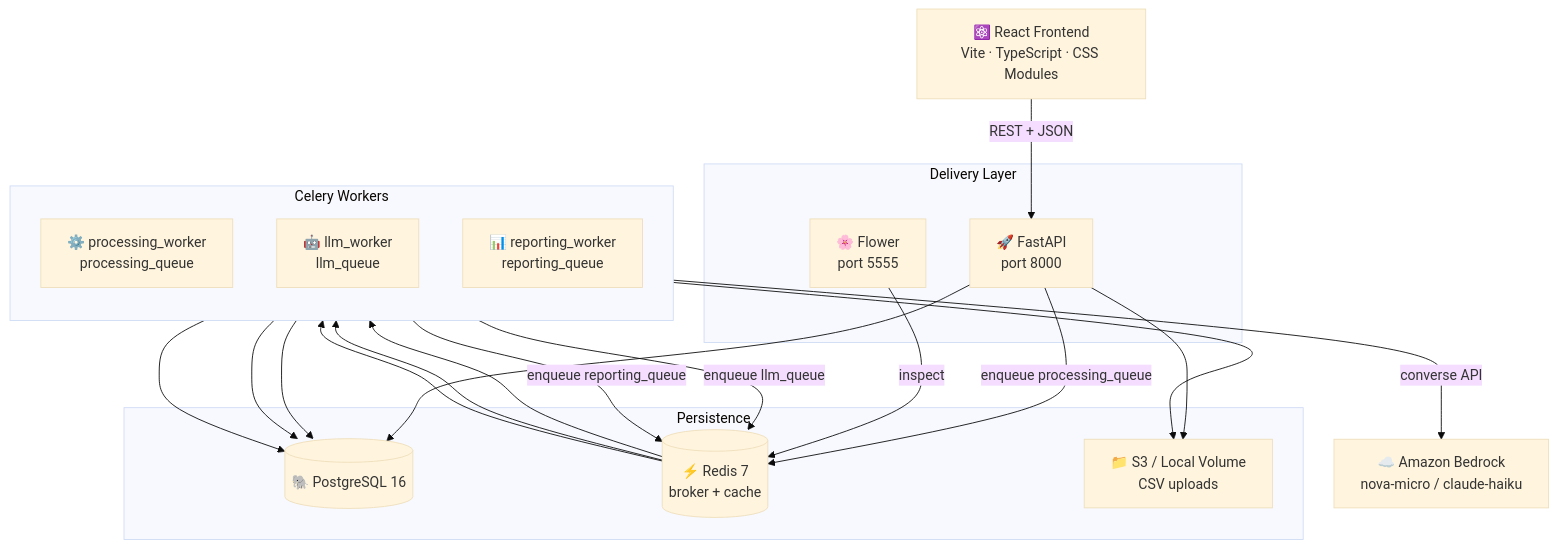
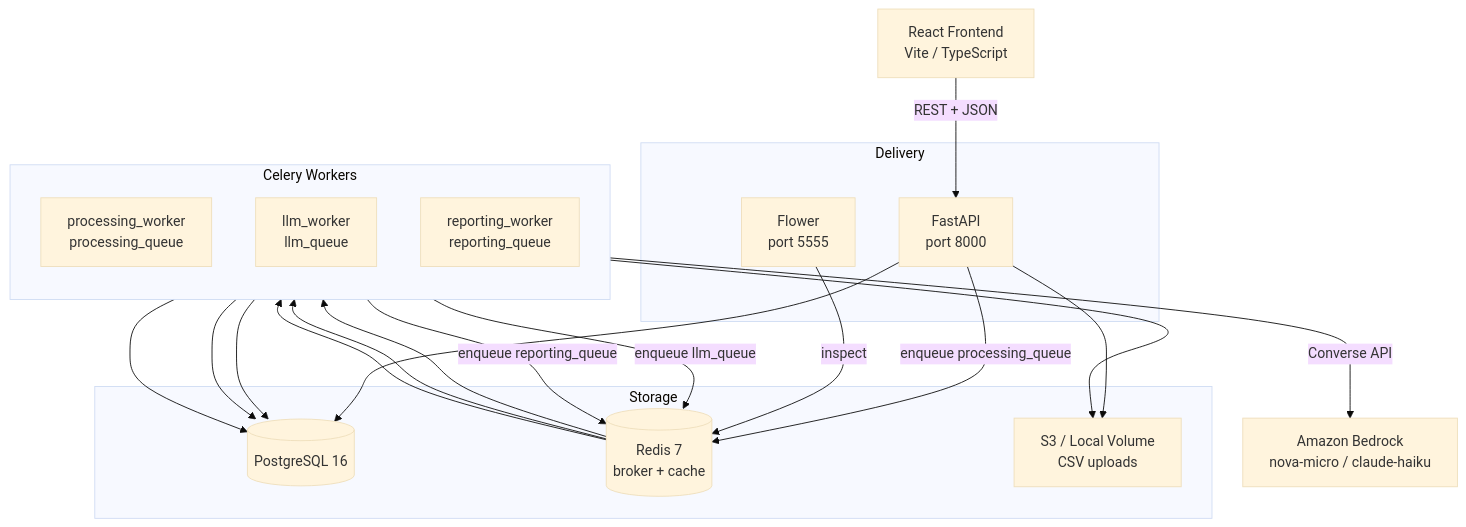
Before and after one commit to derpx06/aerotx-backend: the first of 3 diagrams in README.md, drawn with Mermaid (base theme). The commit also changed other lines of this file, not shown here.

Commit message:
clean up readme diagrams

````diff
--- a/README.md
+++ b/README.md
@@ -40,44 +40,44 @@
 ```mermaid
 flowchart TD
-    Browser["⚛️ React Frontend\nVite · TypeScript · CSS Modules"]
+    Browser["React Frontend\nVite / TypeScript"]
 
-    subgraph Delivery ["Delivery Layer"]
-        API["🚀 FastAPI\nport 8000"]
-        Flower["🌸 Flower\nport 5555"]
+    subgraph Delivery ["Delivery"]
+        API["FastAPI\nport 8000"]
+        Flower["Flower\nport 5555"]
     end
 
     subgraph Workers ["Celery Workers"]
         direction TB
-        PW["⚙️ processing_worker\nprocessing_queue"]
-        LW["🤖 llm_worker\nllm_queue"]
-        RW["📊 reporting_worker\nreporting_queue"]
+        PW["processing_worker\nprocessing_queue"]
+        LW["llm_worker\nllm_queue"]
+        RW["reporting_worker\nreporting_queue"]
     end
 
-    subgraph Storage ["Persistence"]
-        DB[("🐘 PostgreSQL 16")]
-        Redis[("⚡ Redis 7\nbroker + cache")]
-        Files["📁 S3 / Local Volume\nCSV uploads"]
+    subgraph Persistence ["Storage"]
+        DB[("PostgreSQL 16")]
+        Redis[("Redis 7\nbroker + cache")]
+        Files["S3 / Local Volume\nCSV uploads"]
     end
 
-    Bedrock["☁️ Amazon Bedrock\nnova-micro / claude-haiku"]
+    Bedrock["Amazon Bedrock\nnova-micro / claude-haiku"]
 
     Browser -->|REST + JSON| API
     API -->|enqueue processing_queue| Redis
     API --> DB
     API --> Files
 
     Redis --> PW
     PW --> DB
     PW --> Files
     PW -->|enqueue llm_queue| Redis
 
     Redis --> LW
-    LW -->|converse API| Bedrock
+    LW -->|Converse API| Bedrock
     LW --> DB
     LW -->|enqueue reporting_queue| Redis
 
     Redis --> RW
     RW --> DB
 
     Flower -->|inspect| Redis
 ```
````
